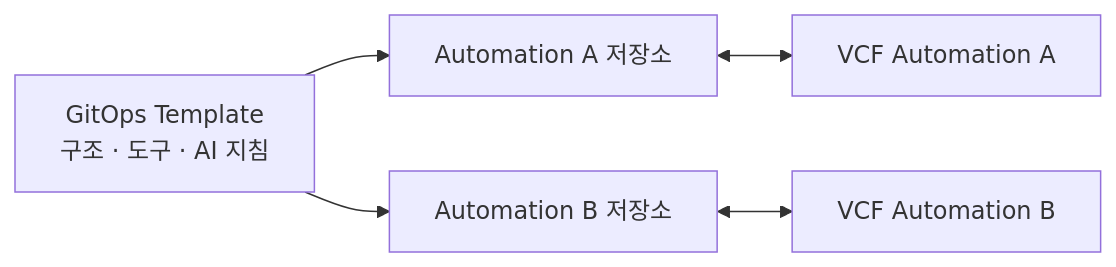
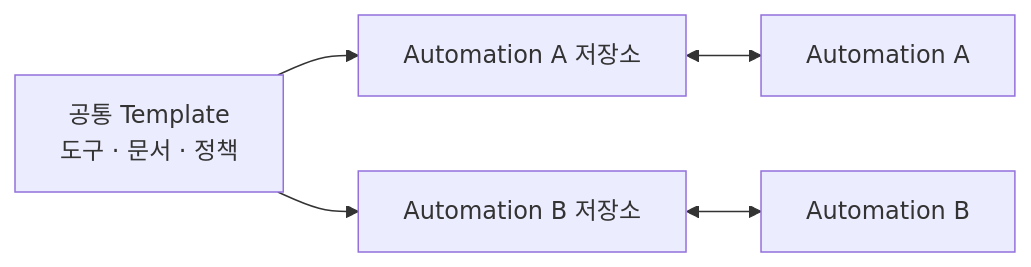
Before and after one commit to MOONUJ/vra-vro-gitops: the diagram in README.md, drawn with Mermaid. The commit also changed other lines of this file and 28 other files, not shown here.

````diff
--- a/README.md
+++ b/README.md
@@ -9,7 +7,7 @@
 ```mermaid
 flowchart LR
-    Template[GitOps Template<br/>구조 · 도구 · AI 지침] --> RepoA[Automation A 저장소]
+    Template[공통 Template<br/>도구 · 문서 · 정책] --> RepoA[Automation A 저장소]
     Template --> RepoB[Automation B 저장소]
-    RepoA <--> AutomationA[VCF Automation A]
-    RepoB <--> AutomationB[VCF Automation B]
+    RepoA <--> AutomationA[Automation A]
+    RepoB <--> AutomationB[Automation B]
 ```
````
